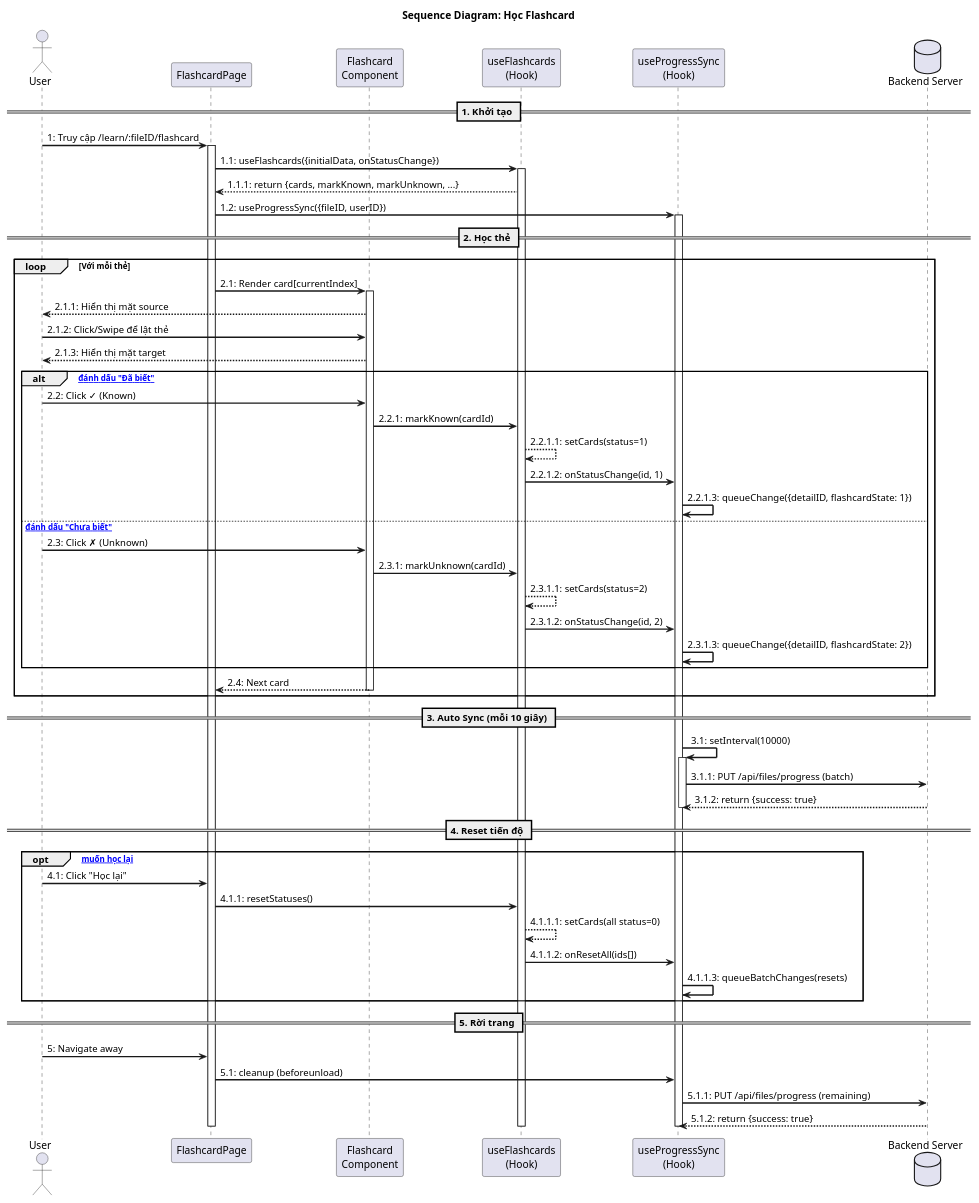
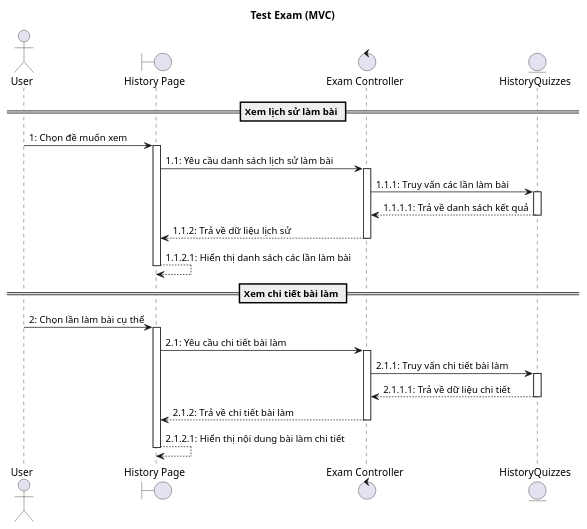
One commit to quangnguyen11111111/LearnFast changed the fifth of 9 diagrams in readmeSequence.md. Above: the diagram before and after it, drawn with PlantUML. The commit also changed other lines of this file and 25 other files, not shown here.

````diff
--- a/readmeSequence.md
+++ b/readmeSequence.md
@@ -581,80 +499,37 @@
 ```plantuml
 @startuml
-skinparam sequenceArrowThickness 2
+title Test Exam (MVC)
+actor "User" as User
+boundary "History Page" as View
+control "Exam Controller" as Controller
+entity "HistoryQuizzes" as MHistory
 
-title Sequence Diagram: Học Flashcard
+== Xem lịch sử làm bài ==
+User -> View: 1: Chọn đề muốn xem
+activate View
+View -> Controller: 1.1: Yêu cầu danh sách lịch sử làm bài
+activate Controller
+Controller -> MHistory: 1.1.1: Truy vấn các lần làm bài
+activate MHistory
+MHistory --> Controller: 1.1.1.1: Trả về danh sách kết quả
+deactivate MHistory
+Controller --> View: 1.1.2: Trả về dữ liệu lịch sử
+deactivate Controller
+View --> View: 1.1.2.1: Hiển thị danh sách các lần làm bài
+deactivate View
 
-actor User
-participant "FlashcardPage" as Page
-participant "Flashcard\nComponent" as FC
-participant "useFlashcards\n(Hook)" as Hook
-participant "useProgressSync\n(Hook)" as Sync
-database "Backend Server" as Server
-
-== 1. Khởi tạo ==
-User -> Page: 1: Truy cập /learn/:fileID/flashcard
-activate Page
-
-Page -> Hook: 1.1: useFlashcards({initialData, onStatusChange})
-activate Hook
-Hook --> Page: 1.1.1: return {cards, markKnown, markUnknown, ...}
-
-Page -> Sync: 1.2: useProgressSync({fileID, userID})
-activate Sync
-
-== 2. Học thẻ ==
-loop Với mỗi thẻ
-    Page -> FC: 2.1: Render card[currentIndex]
-    activate FC
-    FC --> User: 2.1.1: Hiển thị mặt source
-
-    User -> FC: 2.1.2: Click/Swipe để lật thẻ
-    FC --> User: 2.1.3: Hiển thị mặt target
-
-    alt [User đánh dấu "Đã biết"]
-        User -> FC: 2.2: Click ✓ (Known)
-        FC -> Hook: 2.2.1: markKnown(cardId)
-        Hook --> Hook: 2.2.1.1: setCards(status=1)
-        Hook -> Sync: 2.2.1.2: onStatusChange(id, 1)
-        Sync -> Sync: 2.2.1.3: queueChange({detailID, flashcardState: 1})
-
-    else [User đánh dấu "Chưa biết"]
-        User -> FC: 2.3: Click ✗ (Unknown)
-        FC -> Hook: 2.3.1: markUnknown(cardId)
-        Hook --> Hook: 2.3.1.1: setCards(status=2)
-        Hook -> Sync: 2.3.1.2: onStatusChange(id, 2)
-        Sync -> Sync: 2.3.1.3: queueChange({detailID, flashcardState: 2})
-    end
-
-    FC --> Page: 2.4: Next card
-    deactivate FC
-end
-
-== 3. Auto Sync (mỗi 10 giây) ==
-Sync -> Sync: 3.1: setInterval(10000)
-activate Sync
-Sync -> Server: 3.1.1: PUT /api/files/progress (batch)
-Server --> Sync: 3.1.2: return {success: true}
-deactivate Sync
-
-== 4. Reset tiến độ ==
-opt [User muốn học lại]
-    User -> Page: 4.1: Click "Học lại"
-    Page -> Hook: 4.1.1: resetStatuses()
-    Hook --> Hook: 4.1.1.1: setCards(all status=0)
-    Hook -> Sync: 4.1.1.2: onResetAll(ids[])
-    Sync -> Sync: 4.1.1.3: queueBatchChanges(resets)
-end
-
-== 5. Rời trang ==
-User -> Page: 5: Navigate away
-Page -> Sync: 5.1: cleanup (beforeunload)
-Sync -> Server: 5.1.1: PUT /api/files/progress (remaining)
-Server --> Sync: 5.1.2: return {success: true}
-
-deactivate Sync
-deactivate Hook
-deactivate Page
-
+== Xem chi tiết bài làm ==
+User -> View: 2: Chọn lần làm bài cụ thể
+activate View
+View -> Controller: 2.1: Yêu cầu chi tiết bài làm
+activate Controller
+Controller -> MHistory: 2.1.1: Truy vấn chi tiết bài làm
+activate MHistory
+MHistory --> Controller: 2.1.1.1: Trả về dữ liệu chi tiết
+deactivate MHistory
+Controller --> View: 2.1.2: Trả về chi tiết bài làm
+deactivate Controller
+View --> View: 2.1.2.1: Hiển thị nội dung bài làm chi tiết
+deactivate View
 @enduml
 ```
````
